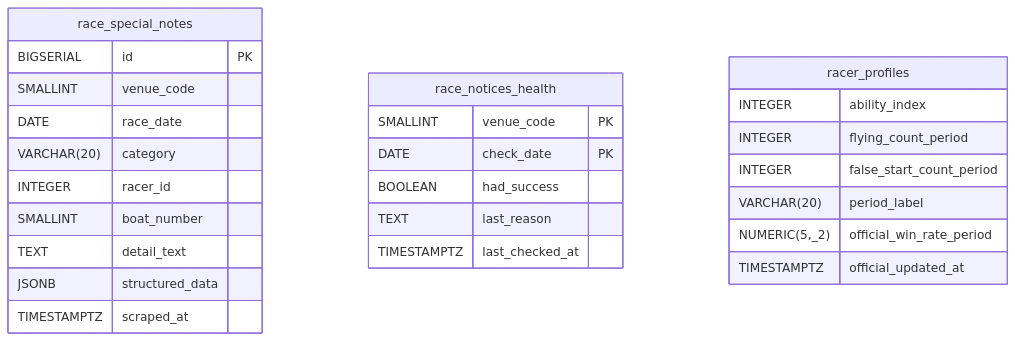
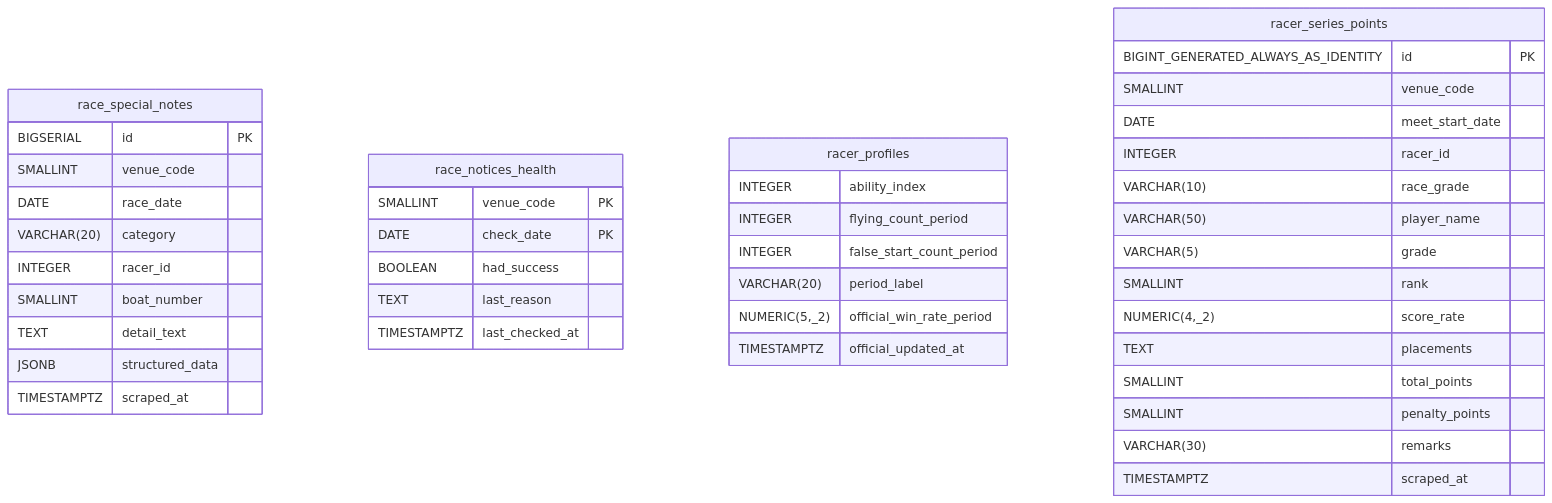
One commit to rhapsody0919/boatrace-ai-predictor changed the diagram in docs/design/scraping-full-coverage/plan.md. Above: the diagram before and after it, drawn with Mermaid. The commit also changed other lines of this file and 11 other files, not shown here.

````diff
--- a/docs/design/scraping-full-coverage/plan.md
+++ b/docs/design/scraping-full-coverage/plan.md
@@ -86,29 +86,45 @@
 ```mermaid
 erDiagram
     race_special_notes {
         BIGSERIAL id PK
         SMALLINT venue_code
         DATE race_date
         VARCHAR(20) category
         INTEGER racer_id
         SMALLINT boat_number
         TEXT detail_text
         JSONB structured_data
         TIMESTAMPTZ scraped_at
     }
     race_notices_health {
         SMALLINT venue_code PK
         DATE check_date PK
         BOOLEAN had_success
         TEXT last_reason
         TIMESTAMPTZ last_checked_at
     }
     racer_profiles {
         INTEGER ability_index
         INTEGER flying_count_period
         INTEGER false_start_count_period
         VARCHAR(20) period_label
         NUMERIC(5,_2) official_win_rate_period
         TIMESTAMPTZ official_updated_at
     }
+    racer_series_points {
+        BIGINT_GENERATED_ALWAYS_AS_IDENTITY id PK
+        SMALLINT venue_code
+        DATE meet_start_date
+        INTEGER racer_id
+        VARCHAR(10) race_grade
+        VARCHAR(50) player_name
+        VARCHAR(5) grade
+        SMALLINT rank
+        NUMERIC(4,_2) score_rate
+        TEXT placements
+        SMALLINT total_points
+        SMALLINT penalty_points
+        VARCHAR(30) remarks
+        TIMESTAMPTZ scraped_at
+    }
 ```
````
